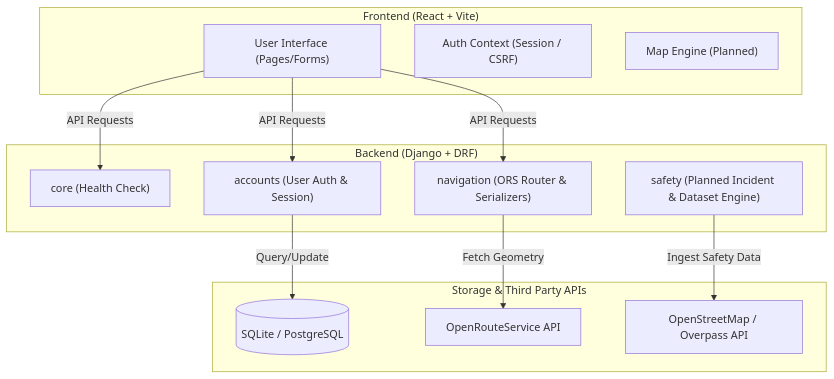
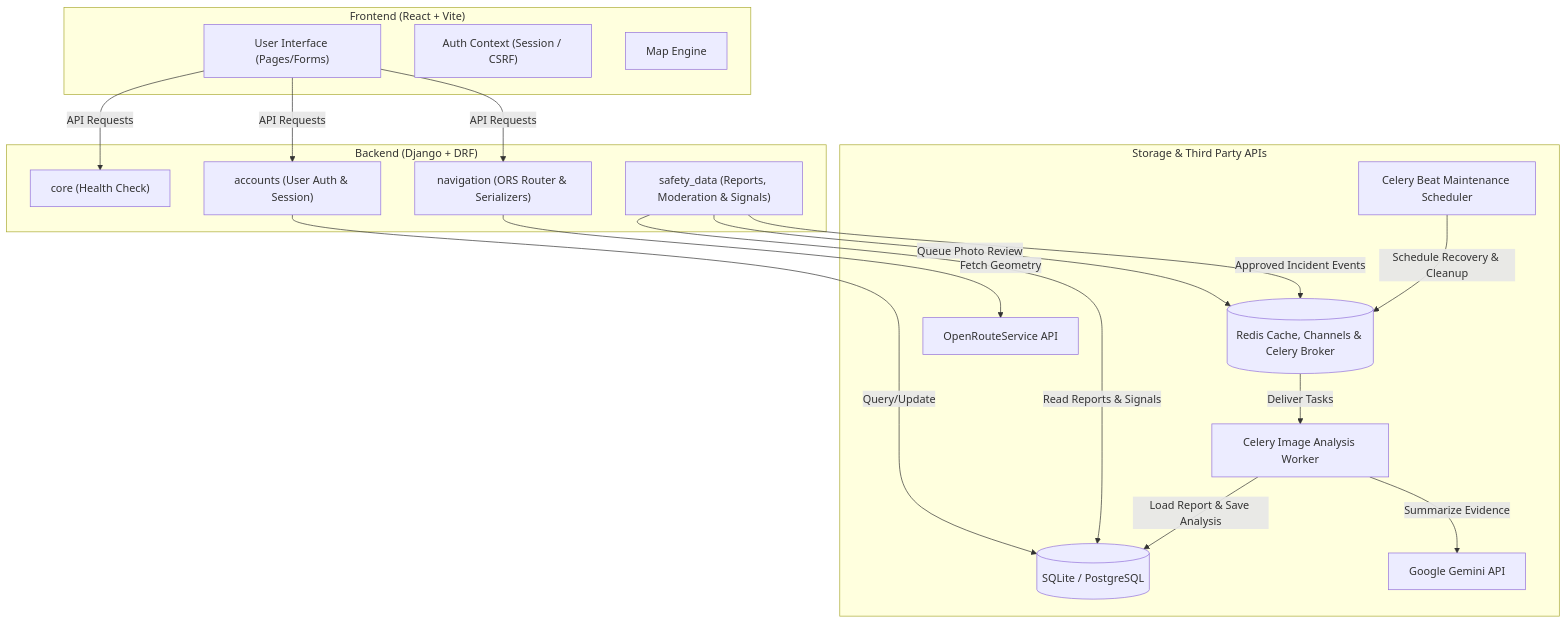
One commit to ur1el0/Lock-Ad-v3 changed the diagram in architecture/README.md. Above: the diagram before and after it, drawn with Mermaid. The commit also changed other lines of this file and 14 other files, not shown here.

````diff
--- a/architecture/README.md
+++ b/architecture/README.md
@@ -9,29 +9,38 @@
 ```mermaid
 graph TD
     subgraph Client ["Frontend (React + Vite)"]
         UI["User Interface (Pages/Forms)"]
         AuthCtx["Auth Context (Session / CSRF)"]
-        Map["Map Engine (Planned)"]
+        Map["Map Engine"]
     end
 
     subgraph Server ["Backend (Django + DRF)"]
         CoreApp["core (Health Check)"]
         AccApp["accounts (User Auth & Session)"]
         NavApp["navigation (ORS Router & Serializers)"]
-        SafApp["safety (Planned Incident & Dataset Engine)"]
+        SafApp["safety_data (Reports, Moderation & Signals)"]
     end
 
     subgraph Data ["Storage & Third Party APIs"]
         DB[(SQLite / PostgreSQL)]
+        Redis[(Redis Cache, Channels & Celery Broker)]
+        Worker["Celery Image Analysis Worker"]
+        Beat["Celery Beat Maintenance Scheduler"]
         ORS[OpenRouteService API]
-        OSM[OpenStreetMap / Overpass API]
+        Gemini[Google Gemini API]
     end
 
     UI -->|API Requests| CoreApp
     UI -->|API Requests| AccApp
     UI -->|API Requests| NavApp
     
     AccApp -->|Query/Update| DB
     NavApp -->|Fetch Geometry| ORS
-    SafApp -->|Ingest Safety Data| OSM
+    SafApp -->|Read Reports & Signals| DB
+    SafApp -->|Queue Photo Review| Redis
+    Redis -->|Deliver Tasks| Worker
+    Worker -->|Load Report & Save Analysis| DB
+    Worker -->|Summarize Evidence| Gemini
+    SafApp -->|Approved Incident Events| Redis
+    Beat -->|Schedule Recovery & Cleanup| Redis
 ```
````
